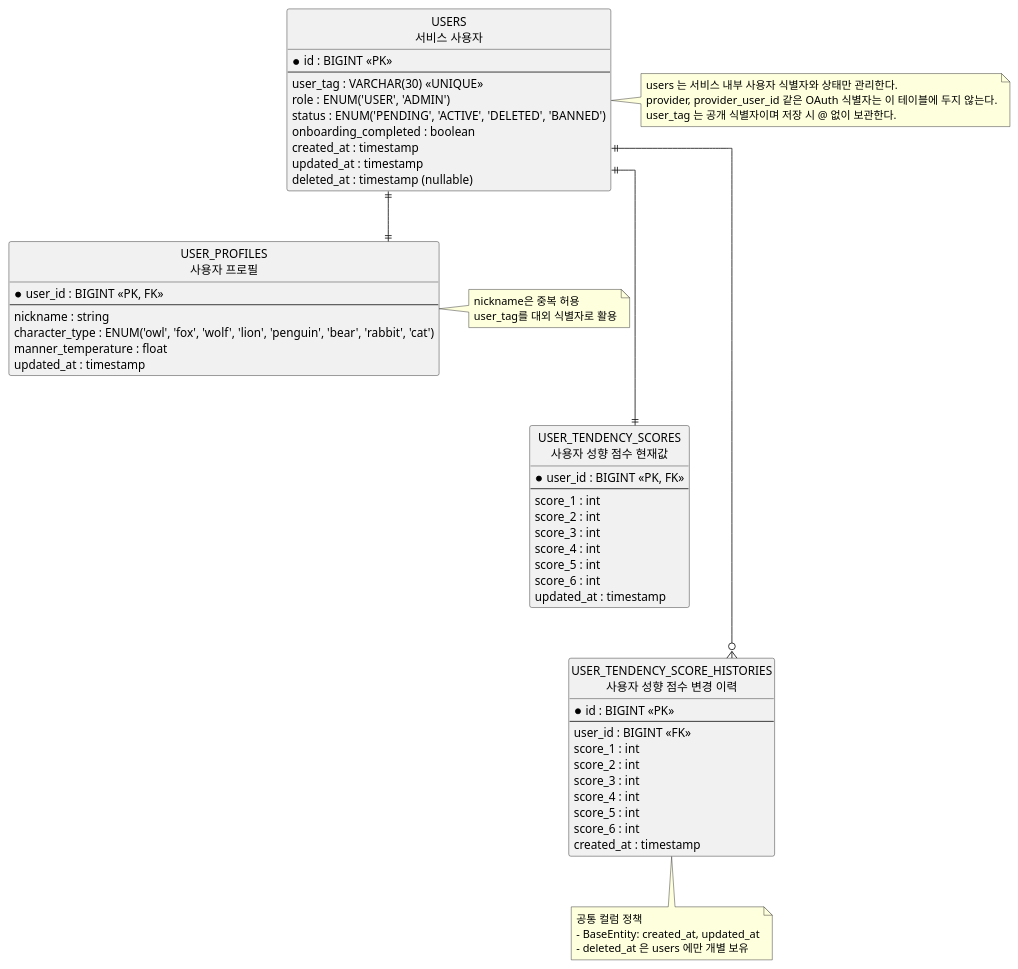
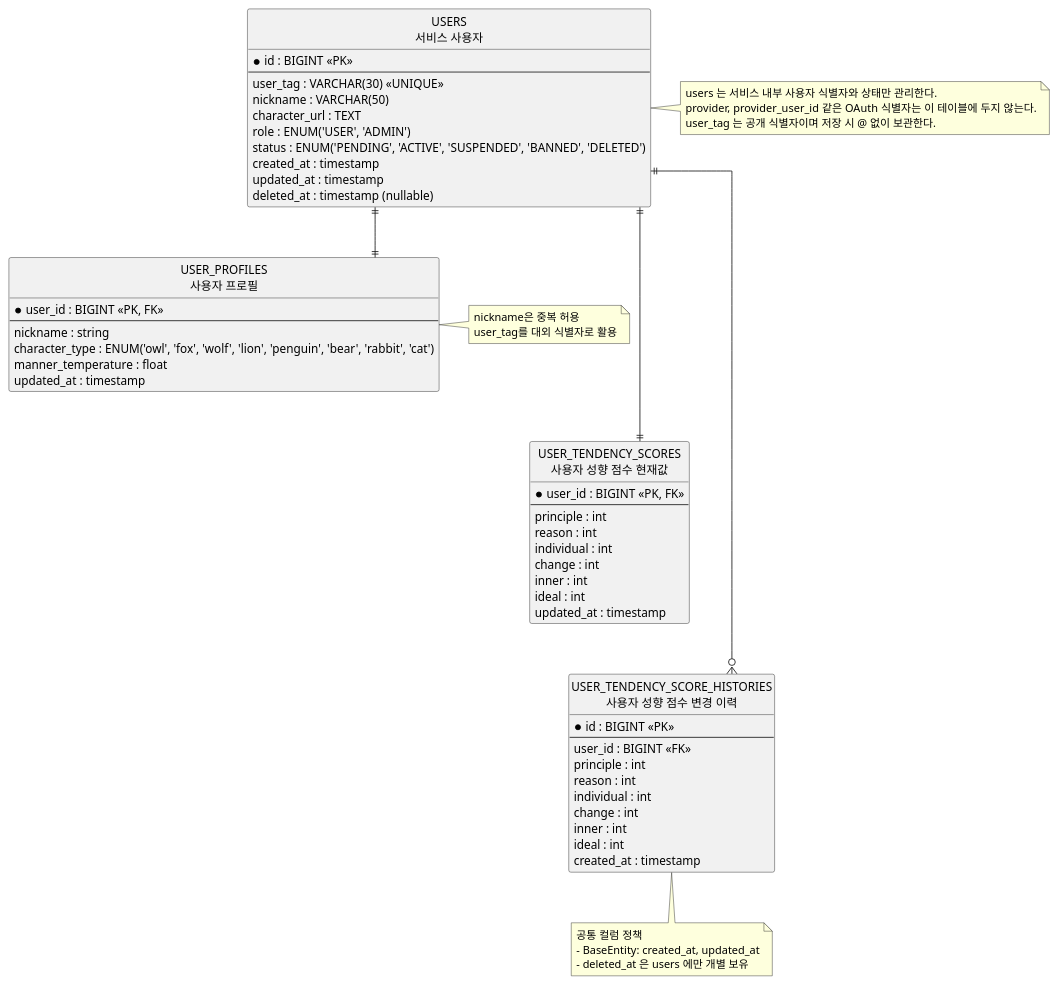
Before and after one commit to SWYP-Find/Server: the diagram in docs/erd/user.puml, drawn with PlantUML. The commit also changed 4 other files, not shown here.

First line of the commit message:
#40 [Chore] USER ERD 최신화 및 USER/HOME 테스트케이스 추가

```diff
--- a/docs/erd/user.puml
+++ b/docs/erd/user.puml
@@ -1,77 +1,78 @@
 @startuml
 hide circle
 hide methods
 skinparam linetype ortho
 
 entity "USERS\n서비스 사용자" as users {
   * id : BIGINT <<PK>>
   --
   user_tag : VARCHAR(30) <<UNIQUE>>
+  nickname : VARCHAR(50)
+  character_url : TEXT
   role : ENUM('USER', 'ADMIN')
-  status : ENUM('PENDING', 'ACTIVE', 'DELETED', 'BANNED')
-  onboarding_completed : boolean
+  status : ENUM('PENDING', 'ACTIVE', 'SUSPENDED', 'BANNED', 'DELETED')
   created_at : timestamp
   updated_at : timestamp
   deleted_at : timestamp (nullable)
 }
 
 entity "USER_PROFILES\n사용자 프로필" as user_profiles {
   * user_id : BIGINT <<PK, FK>>
   --
   nickname : string
   character_type : ENUM('owl', 'fox', 'wolf', 'lion', 'penguin', 'bear', 'rabbit', 'cat')
   manner_temperature : float
   updated_at : timestamp
 }
 
 entity "USER_TENDENCY_SCORES\n사용자 성향 점수 현재값" as user_tendency_scores {
   * user_id : BIGINT <<PK, FK>>
   --
-  score_1 : int
-  score_2 : int
-  score_3 : int
-  score_4 : int
-  score_5 : int
-  score_6 : int
+  principle : int
+  reason : int
+  individual : int
+  change : int
+  inner : int
+  ideal : int
   updated_at : timestamp
 }
 
 entity "USER_TENDENCY_SCORE_HISTORIES\n사용자 성향 점수 변경 이력" as user_tendency_score_histories {
   * id : BIGINT <<PK>>
   --
   user_id : BIGINT <<FK>>
-  score_1 : int
-  score_2 : int
-  score_3 : int
-  score_4 : int
-  score_5 : int
-  score_6 : int
+  principle : int
+  reason : int
+  individual : int
+  change : int
+  inner : int
+  ideal : int
   created_at : timestamp
 }
 
 users -[hidden]down- user_profiles
 user_profiles -[hidden]down- user_tendency_scores
 user_tendency_scores -[hidden]down- user_tendency_score_histories
 
 users ||--|| user_profiles
 users ||--|| user_tendency_scores
 users ||--o{ user_tendency_score_histories
 
 note right of users
   users 는 서비스 내부 사용자 식별자와 상태만 관리한다.
   provider, provider_user_id 같은 OAuth 식별자는 이 테이블에 두지 않는다.
   user_tag 는 공개 식별자이며 저장 시 @ 없이 보관한다.
 end note
 
 note right of user_profiles
   nickname은 중복 허용
   user_tag를 대외 식별자로 활용
 end note
 
 note bottom of user_tendency_score_histories
   공통 컬럼 정책
   - BaseEntity: created_at, updated_at
   - deleted_at 은 users 에만 개별 보유
 end note
 
 @enduml
```
